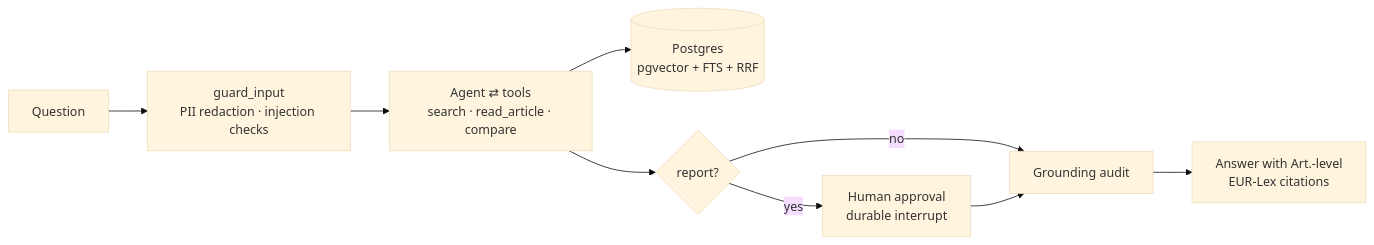
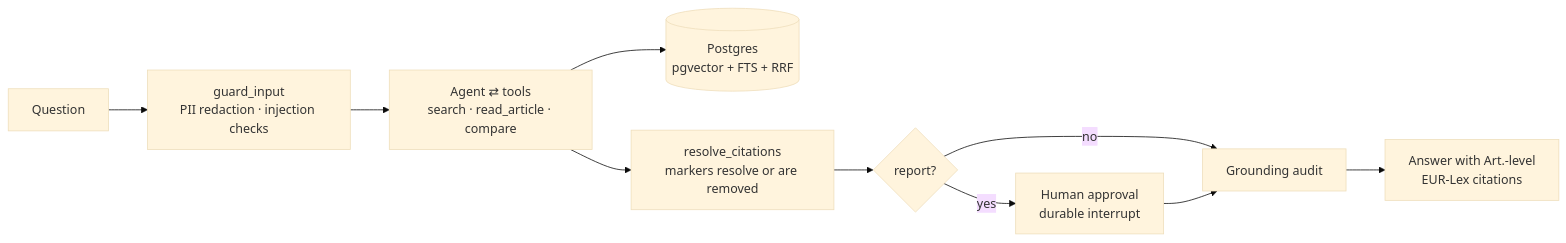
The diagram in README.md (fctpe/agentic-rag-kit), drawn with Mermaid (base theme) before and after one commit. The commit also changed other lines of this file and 20 other files, not shown here.

````diff
--- a/README.md
+++ b/README.md
@@ -16,11 +16,12 @@
 ```mermaid
 flowchart LR
     Q[Question] --> G[guard_input<br/>PII redaction · injection checks]
     G --> A[Agent ⇄ tools<br/>search · read_article · compare]
     A --> R[(Postgres<br/>pgvector + FTS + RRF)]
-    A --> P{report?}
+    A --> M["resolve_citations<br/>markers resolve or are removed"]
+    M --> P{report?}
     P -->|yes| H[Human approval<br/>durable interrupt]
     P -->|no| V[Grounding audit]
     H --> V
     V --> C[Answer with Art.-level<br/>EUR-Lex citations]
 ```
````
